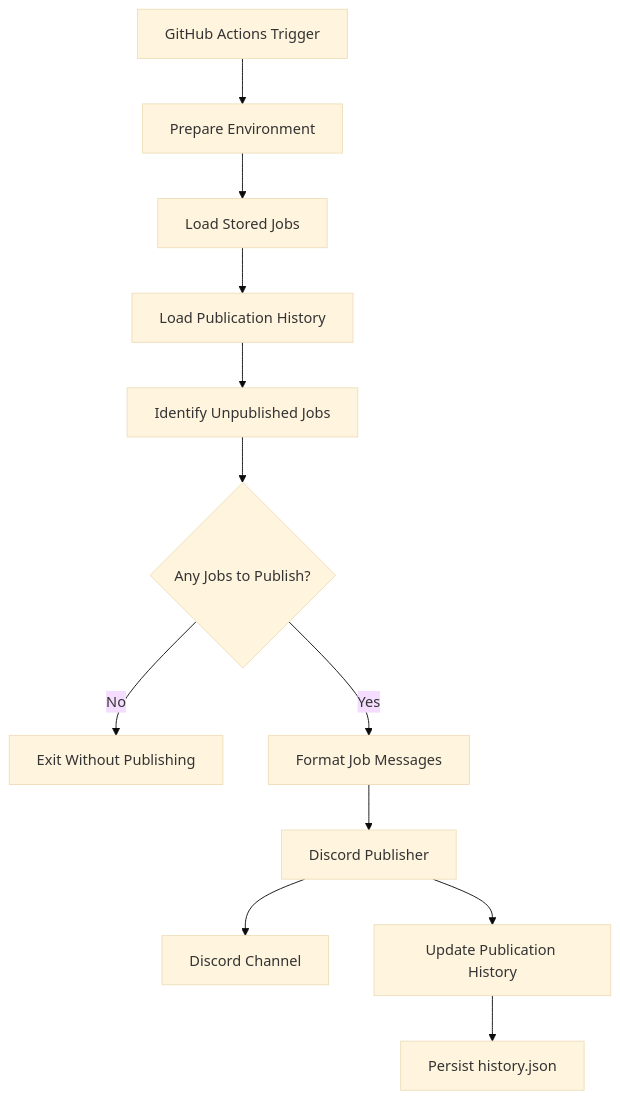
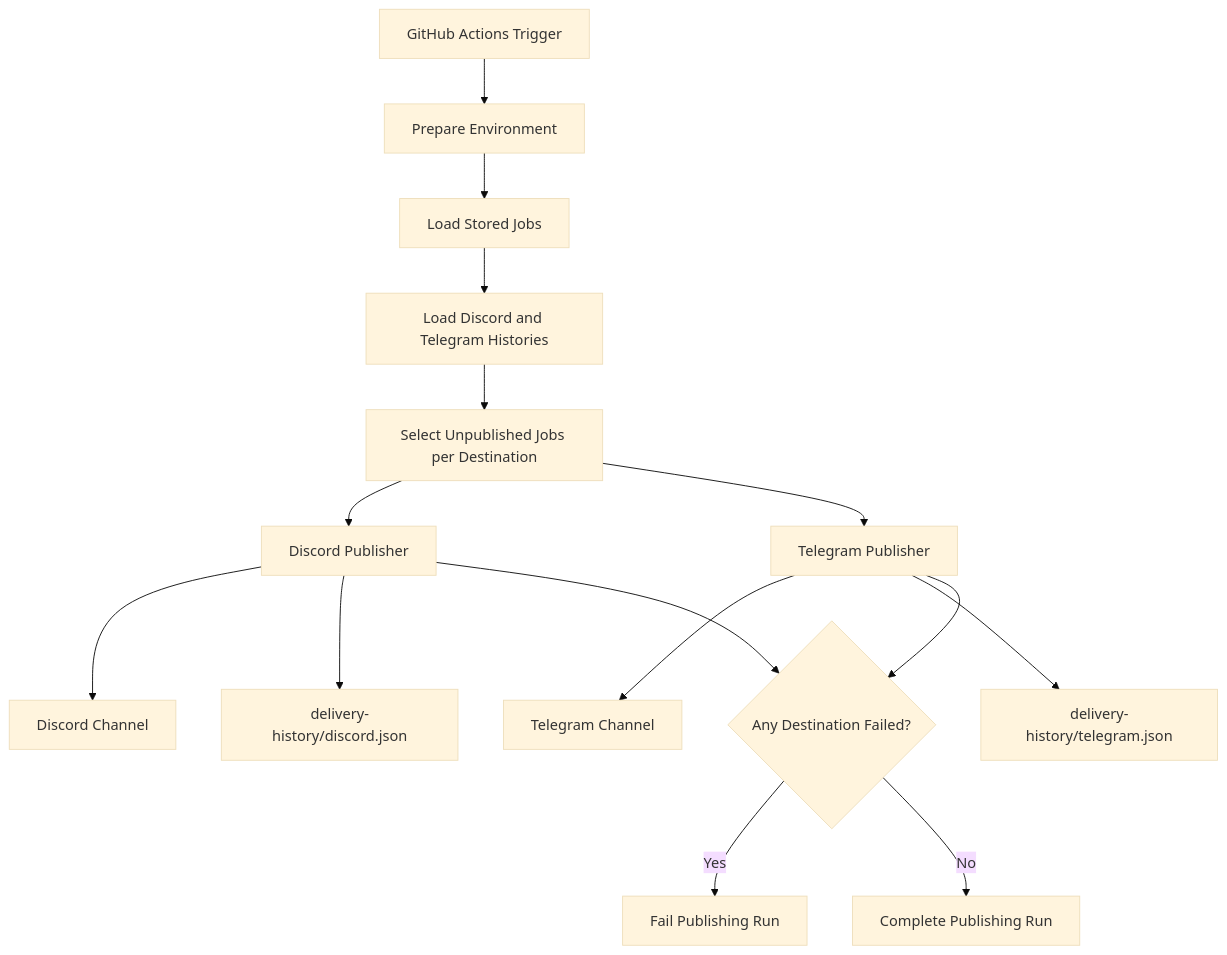
One commit to ZenYukti/careers-engine changed the first of 4 diagrams in docs/architecture/publishing-pipeline.mdx. Above: the diagram before and after it, drawn with Mermaid (base theme). The commit also changed other lines of this file and 7 other files, not shown here.

Commit message:
docs: add telegram publishing channel docs & fix outdated references to history.json and discord-only publishing. (#24)

````diff
--- a/docs/architecture/publishing-pipeline.mdx
+++ b/docs/architecture/publishing-pipeline.mdx
@@ -16,14 +16,22 @@
 ```mermaid
 flowchart TD
     A["GitHub Actions Trigger"] --> B["Prepare Environment"]
     B --> C["Load Stored Jobs"]
-    C --> D["Load Publication History"]
-    D --> E["Identify Unpublished Jobs"]
-    E --> F{"Any Jobs to Publish?"}
-    F -->|No| G["Exit Without Publishing"]
-    F -->|Yes| H["Format Job Messages"]
-    H --> I["Discord Publisher"]
-    I --> J["Discord Channel"]
-    I --> K["Update Publication History"]
-    K --> L["Persist history.json"]
+    C --> D["Load Discord and Telegram Histories"]
+
+    D --> E["Select Unpublished Jobs per Destination"]
+
+    E --> F["Discord Publisher"]
+    E --> G["Telegram Publisher"]
+
+    F --> H["Discord Channel"]
+    G --> I["Telegram Channel"]
+
+    F --> J["delivery-history/discord.json"]
+    G --> K["delivery-history/telegram.json"]
+
+    F --> L{"Any Destination Failed?"}
+    G --> L
+    L -->|Yes| M["Fail Publishing Run"]
+    L -->|No| N["Complete Publishing Run"]
 ```
````
